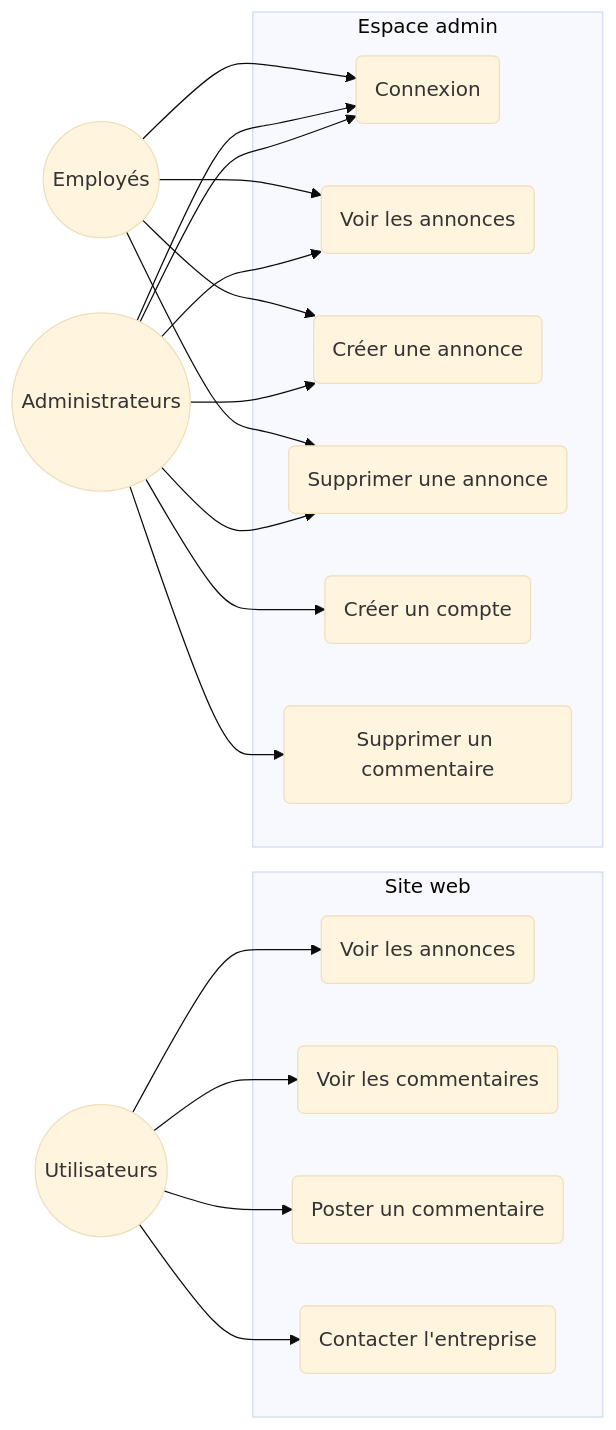
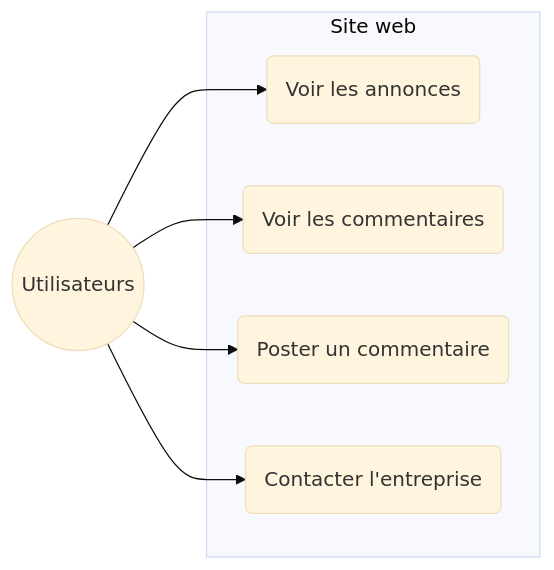
One commit to pickypou/garage-automobile-front changed the diagram in docs/usecase.md. Above: the diagram before and after it, drawn with Mermaid (base theme). The commit also changed 2 other files, not shown here.

Commit message:
usecase.md

````diff
--- a/docs/usecase.md
+++ b/docs/usecase.md
@@ -2,40 +2,17 @@
 ``` mermaid
     flowchart LR
         usr((Utilisateurs))
-        adm((Administrateurs))
-        emp((Employés))
-
+       
         subgraph Site web
             voir(Voir les annonces)
             vc(Voir les commentaires)
             com(Poster un commentaire)
             contact(Contacter l'entreprise)
         end
 
-        subgraph Espace admin
-            cnx(Connexion)
-            va(Voir les annonces)
-            ca(Créer une annonce)
-            sa(Supprimer une annonce)
-            ccpt(Créer un compte)
-            sc(Supprimer un commentaire)
-        end
-
+        
         usr --> voir
         usr --> vc
         usr --> com
         usr --> contact
-
-        emp --> cnx
-        emp --> va
-        emp --> ca
-        emp --> sa
-
-        adm --> cnx
-        adm --> cnx
-        adm --> va
-        adm --> ca
-        adm --> sa
-        adm --> ccpt
-        adm --> sc
 ```
````
